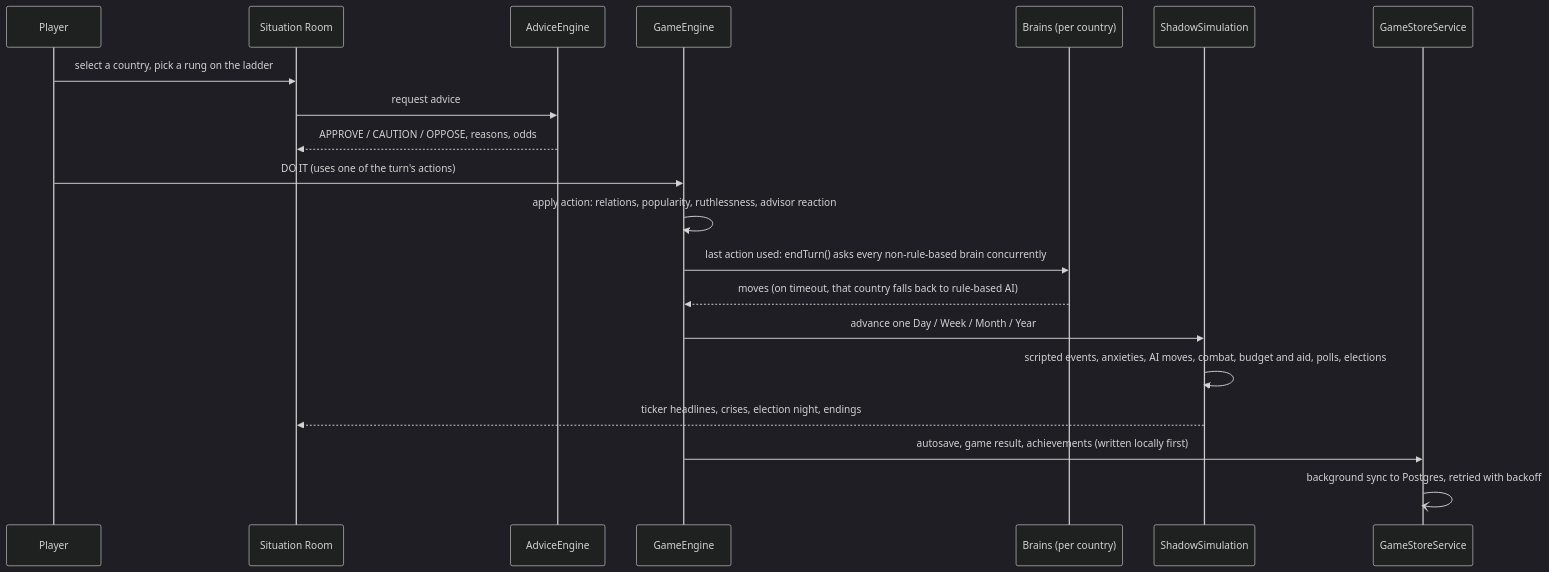
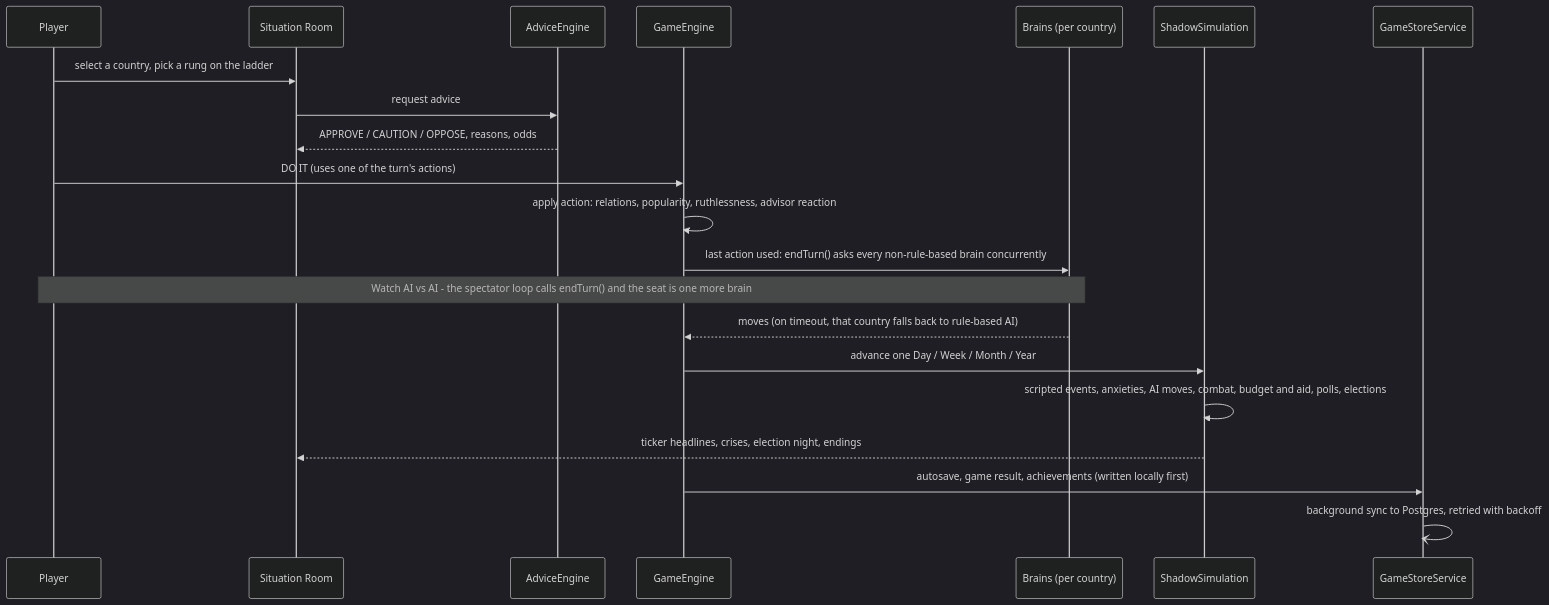
Diagram 20 of 24 in README.md (kochj23/GTNW), drawn with Mermaid (dark theme) before and after one commit. The commit also changed other lines of this file and 10 other files, not shown here.

First line of the commit message:
feat: 3.25.0 — Watch AI vs AI (spectator mode)

````diff
--- a/README.md
+++ b/README.md
@@ -1064,22 +1065,23 @@
 ```mermaid
 sequenceDiagram
   participant P as Player
   participant V as Situation Room
   participant A as AdviceEngine
   participant E as GameEngine
   participant B as Brains (per country)
   participant S as ShadowSimulation
   participant G as GameStoreService
   P->>V: select a country, pick a rung on the ladder
   V->>A: request advice
   A-->>V: APPROVE / CAUTION / OPPOSE, reasons, odds
   P->>E: DO IT (uses one of the turn's actions)
   E->>E: apply action: relations, popularity, ruthlessness, advisor reaction
   E->>B: last action used: endTurn() asks every non-rule-based brain concurrently
+  Note over P,B: Watch AI vs AI - the spectator loop calls endTurn() and the seat is one more brain
   B-->>E: moves (on timeout, that country falls back to rule-based AI)
   E->>S: advance one Day / Week / Month / Year
   S->>S: scripted events, anxieties, AI moves, combat, budget and aid, polls, elections
   S-->>V: ticker headlines, crises, election night, endings
   E->>G: autosave, game result, achievements (written locally first)
   G-)G: background sync to Postgres, retried with backoff
 ```
````
